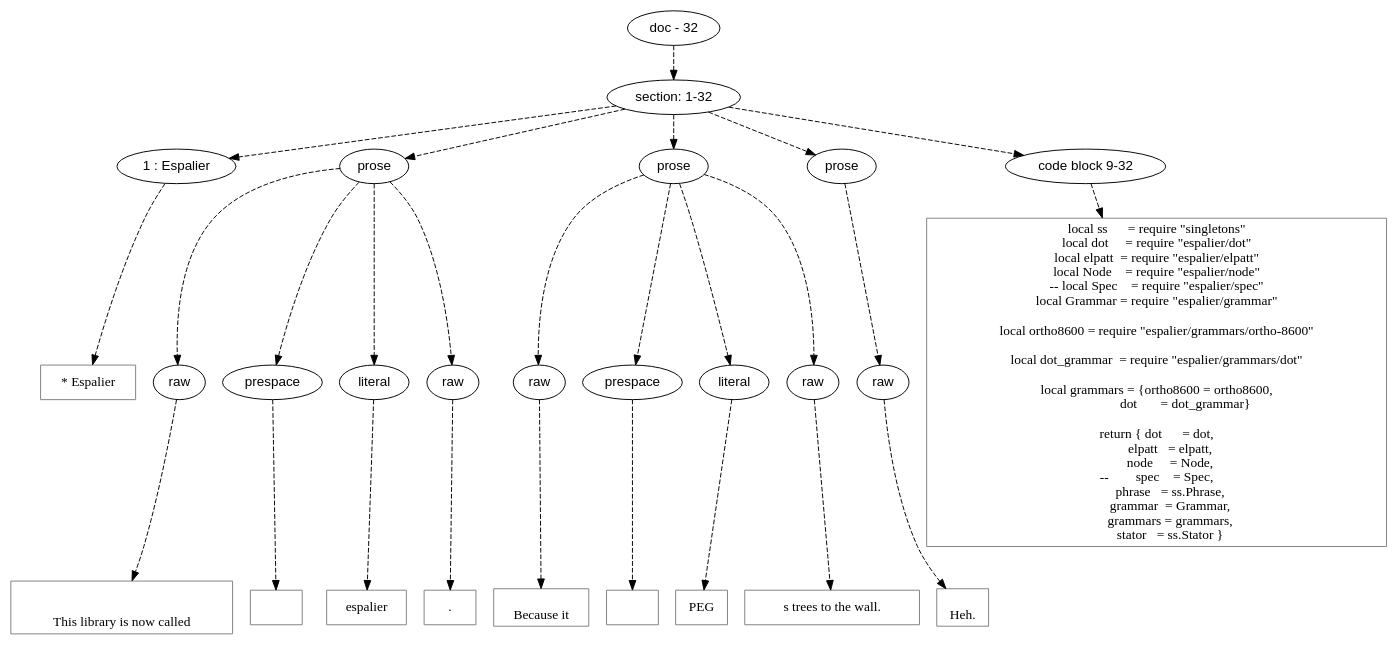
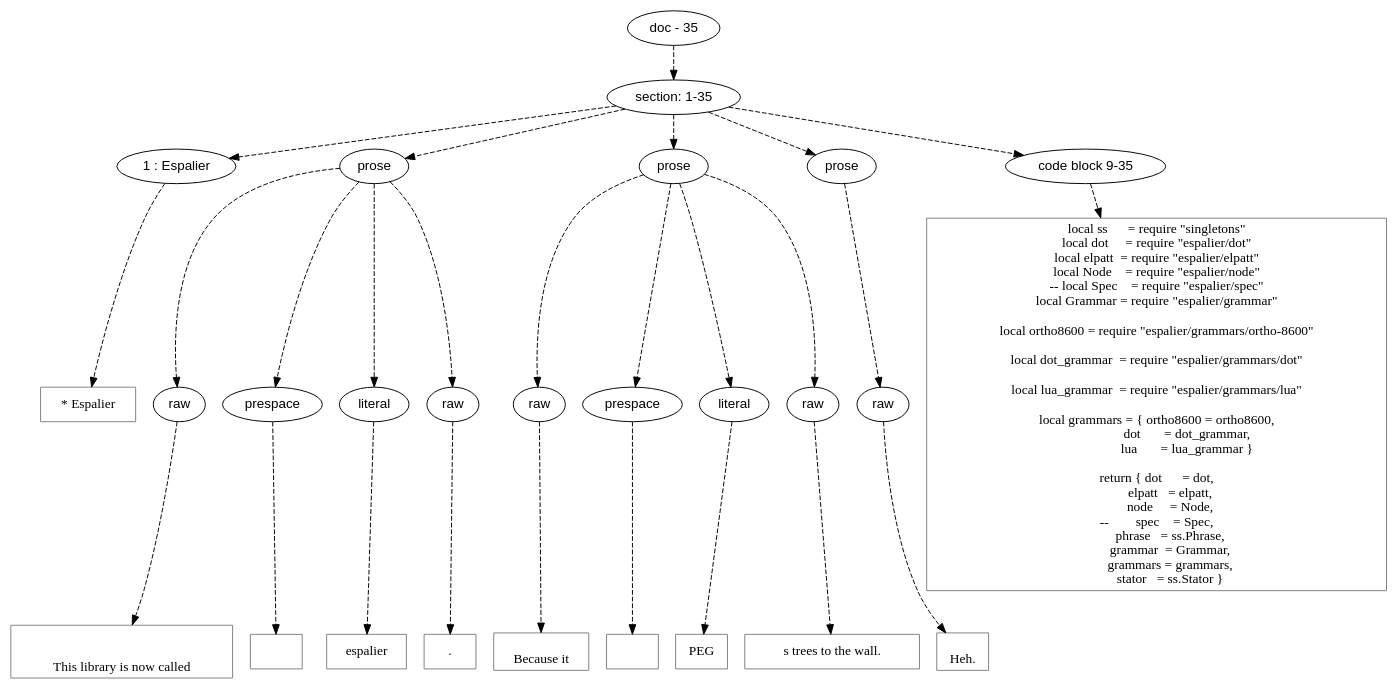
Before and after one commit to orb-lang/espalier: the diagram in doc/dot/espalier.dot, drawn with Graphviz. The commit also changed 24 other files, not shown here.

First line of the commit message:
Wires in demonstration Lua grammar

```diff
--- a/doc/dot/espalier.dot
+++ b/doc/dot/espalier.dot
@@ -1,142 +1,145 @@
 digraph lpegNode {
 
 node [fontname=Helvetica]
 edge [style=dashed]
 
-doc_0 [label="doc - 32"]
+doc_0 [label="doc - 35"]
 
 
 doc_0 -> { section_1}
 {rank=same; section_1}
 
-section_1 [label="section: 1-32"]
+section_1 [label="section: 1-35"]
 
 
 // END RANK doc_0
 
 section_1 -> { header_2 prose_3 prose_4 prose_5 codeblock_6}
 {rank=same; header_2 prose_3 prose_4 prose_5 codeblock_6}
 
 header_2 [label="1 : Espalier"]
 
 prose_3 [label="prose"]
 
 prose_4 [label="prose"]
 
 prose_5 [label="prose"]
 
-codeblock_6 [label="code block 9-32"]
+codeblock_6 [label="code block 9-35"]
 
 
 // END RANK section_1
 
 header_2 -> leaf_7
 leaf_7  [color=Gray,shape=rectangle,fontname=Inconsolata,label="* Espalier"]
 // END RANK header_2
 
 prose_3 -> { raw_8 prespace_9 literal_10 raw_11}
 {rank=same; raw_8 prespace_9 literal_10 raw_11}
 
 raw_8 [label="raw"]
 
 prespace_9 [label="prespace"]
 
 literal_10 [label="literal"]
 
 raw_11 [label="raw"]
 
 
 // END RANK prose_3
 
 raw_8 -> leaf_12
 leaf_12  [color=Gray,shape=rectangle,fontname=Inconsolata,label="
 
 This library is now called"]
 // END RANK raw_8
 
 prespace_9 -> leaf_13
 leaf_13  [color=Gray,shape=rectangle,fontname=Inconsolata,label=" "]
 // END RANK prespace_9
 
 literal_10 -> leaf_14
 leaf_14  [color=Gray,shape=rectangle,fontname=Inconsolata,label="espalier"]
 // END RANK literal_10
 
 raw_11 -> leaf_15
 leaf_15  [color=Gray,shape=rectangle,fontname=Inconsolata,label=".
 "]
 // END RANK raw_11
 
 prose_4 -> { raw_16 prespace_17 literal_18 raw_19}
 {rank=same; raw_16 prespace_17 literal_18 raw_19}
 
 raw_16 [label="raw"]
 
 prespace_17 [label="prespace"]
 
 literal_18 [label="literal"]
 
 raw_19 [label="raw"]
 
 
 // END RANK prose_4
 
 raw_16 -> leaf_20
 leaf_20  [color=Gray,shape=rectangle,fontname=Inconsolata,label="
 Because it"]
 // END RANK raw_16
 
 prespace_17 -> leaf_21
 leaf_21  [color=Gray,shape=rectangle,fontname=Inconsolata,label=" "]
 // END RANK prespace_17
 
 literal_18 -> leaf_22
 leaf_22  [color=Gray,shape=rectangle,fontname=Inconsolata,label="PEG"]
 // END RANK literal_18
 
 raw_19 -> leaf_23
 leaf_23  [color=Gray,shape=rectangle,fontname=Inconsolata,label="s trees to the wall.
 "]
 // END RANK raw_19
 
 prose_5 -> { raw_24}
 {rank=same; raw_24}
 
 raw_24 [label="raw"]
 
 
 // END RANK prose_5
 
 raw_24 -> leaf_25
 leaf_25  [color=Gray,shape=rectangle,fontname=Inconsolata,label="
 Heh.
 "]
 // END RANK raw_24
 
 codeblock_6 -> leaf_26
 leaf_26  [color=Gray,shape=rectangle,fontname=Inconsolata,label="local ss      = require \"singletons\"
 local dot     = require \"espalier/dot\"
 local elpatt  = require \"espalier/elpatt\"
 local Node    = require \"espalier/node\"
 -- local Spec    = require \"espalier/spec\"
 local Grammar = require \"espalier/grammar\"
 
 local ortho8600 = require \"espalier/grammars/ortho-8600\"
 
 local dot_grammar  = require \"espalier/grammars/dot\"
 
-local grammars = {ortho8600 = ortho8600,
-                  dot       = dot_grammar}
+local lua_grammar  = require \"espalier/grammars/lua\"
+
+local grammars = { ortho8600 = ortho8600,
+                   dot       = dot_grammar,
+                   lua       = lua_grammar }
 
 return { dot      = dot,
          elpatt   = elpatt,
          node     = Node,
  --        spec    = Spec,
          phrase   = ss.Phrase,
          grammar  = Grammar,
          grammars = grammars,
          stator   = ss.Stator }"]
 // END RANK codeblock_6
 
 
 }
```
